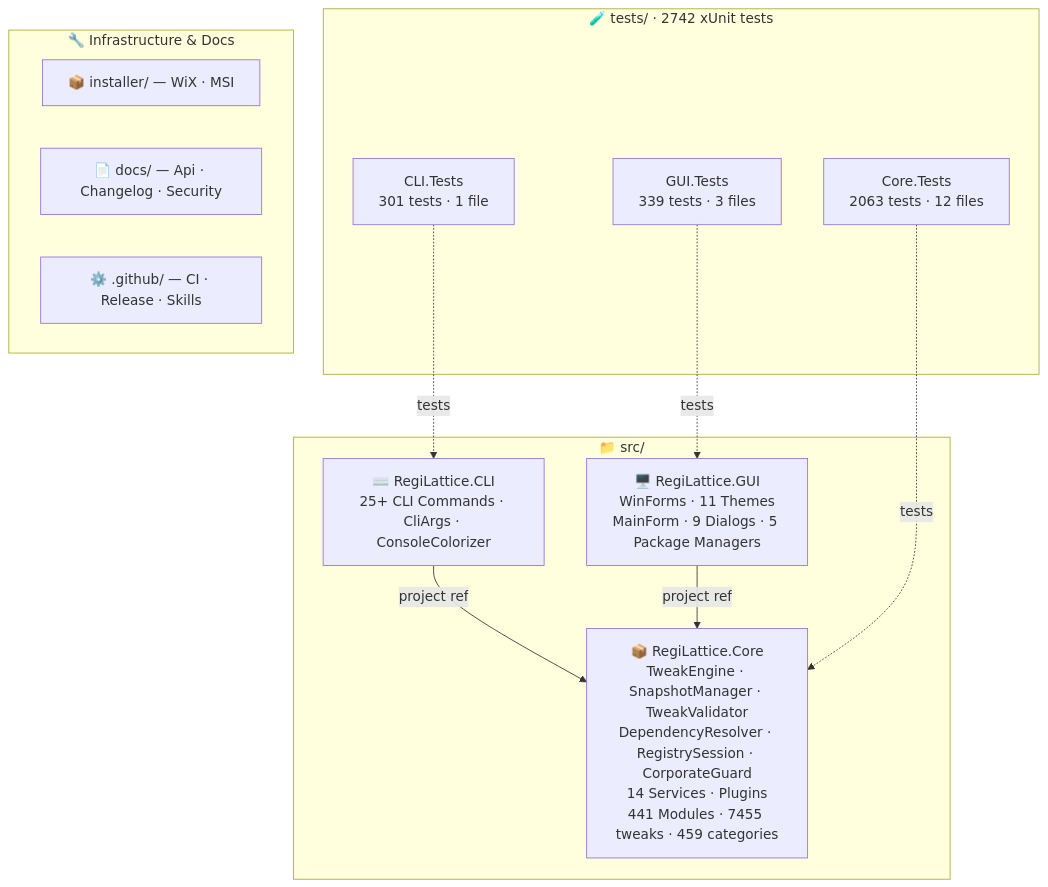
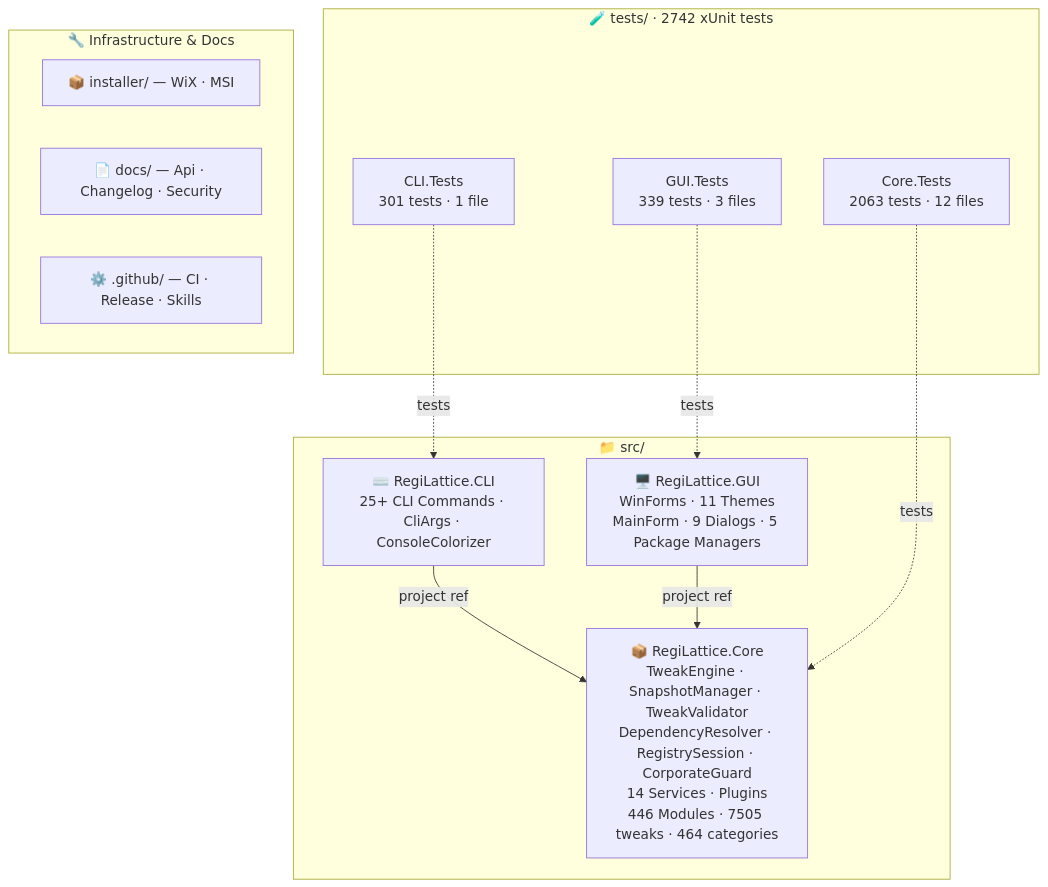
One commit to RajwanYair/RegiLattice changed the second of 2 diagrams in README.md. Above: the diagram before and after it, drawn with Mermaid. The commit also changed other lines of this file and 11 other files, not shown here.

First line of the commit message:
feat(tweaks): Sprints 427-431 — Push Notifications, Add/Remove Programs, IE Restrictions, Printer Dir Services, WDI Policy → v5.54.0

````diff
--- a/README.md
+++ b/README.md
@@ -255,26 +255,26 @@
 ```mermaid
 graph TD
     subgraph SRC["📁 src/"]
-        CORE["📦 RegiLattice.Core<br/>TweakEngine · SnapshotManager · TweakValidator<br/>DependencyResolver · RegistrySession · CorporateGuard<br/>14 Services · Plugins<br/>441 Modules · 7455 tweaks · 459 categories"]
+        CORE["📦 RegiLattice.Core<br/>TweakEngine · SnapshotManager · TweakValidator<br/>DependencyResolver · RegistrySession · CorporateGuard<br/>14 Services · Plugins<br/>446 Modules · 7505 tweaks · 464 categories"]
         GUI["🖥️ RegiLattice.GUI<br/>WinForms · 11 Themes<br/>MainForm · 9 Dialogs · 5 Package Managers"]
         CLI["⌨️ RegiLattice.CLI<br/>25+ CLI Commands · CliArgs · ConsoleColorizer"]
     end
 
     subgraph TST["🧪 tests/  ·  2742 xUnit tests"]
         CT["Core.Tests<br/>2063 tests · 12 files"]
         CLT["CLI.Tests<br/>301 tests · 1 file"]
         GT["GUI.Tests<br/>339 tests · 3 files"]
     end
 
     subgraph INFRA["🔧 Infrastructure & Docs"]
         INST["📦 installer/ — WiX · MSI"]
         DOCS["📄 docs/ — Api · Changelog · Security"]
         GH["⚙️ .github/ — CI · Release · Skills"]
     end
 
     CLI -->|project ref| CORE
     GUI -->|project ref| CORE
     CT -.->|tests| CORE
     CLT -.->|tests| CLI
     GT -.->|tests| GUI
 ```
````
